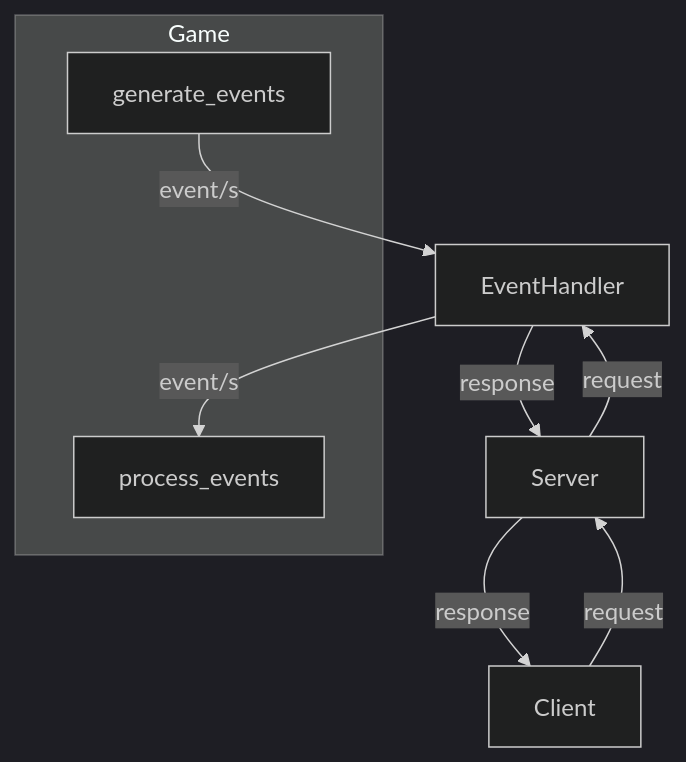
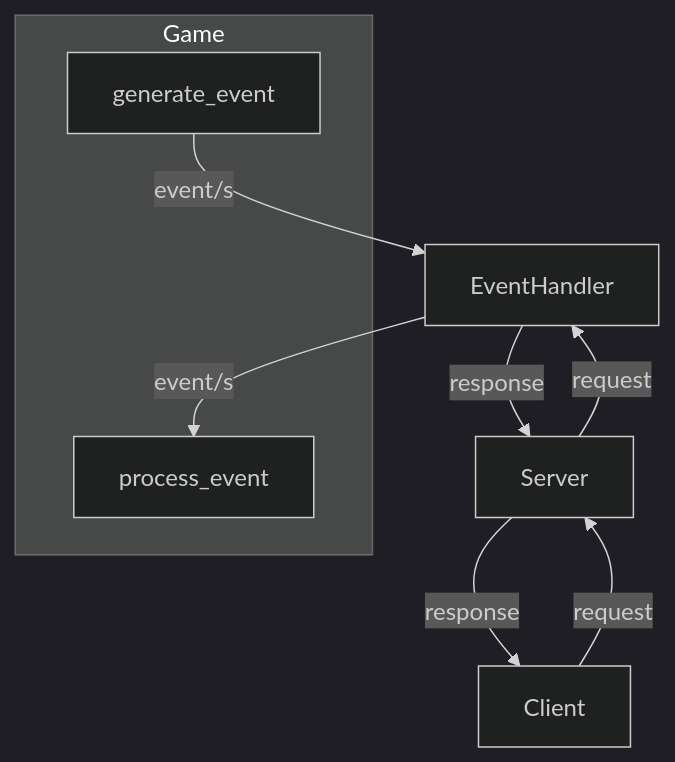
Before and after one commit to likecookiesstudio/ecs-game-engine: the fifth of 5 diagrams in architecture_granularity_level_class.md, drawn with Mermaid (dark theme). The commit also changed other lines of this file and 5 other files, not shown here.

````diff
--- a/architecture_granularity_level_class.md
+++ b/architecture_granularity_level_class.md
@@ -73,15 +73,15 @@
 ```mermaid
 graph TD;
     subgraph Game
-    process_events
-    generate_events
+    process_event
+    generate_event
     end
 
     Client--request-->Server;
     Server--request-->EventHandler;
-    EventHandler--event/s-->process_events;
+    EventHandler--event/s-->process_event;
 
-    generate_events--event/s-->EventHandler;
+    generate_event--event/s-->EventHandler;
     EventHandler--response-->Server;
     Server--response-->Client;
 ```
````
